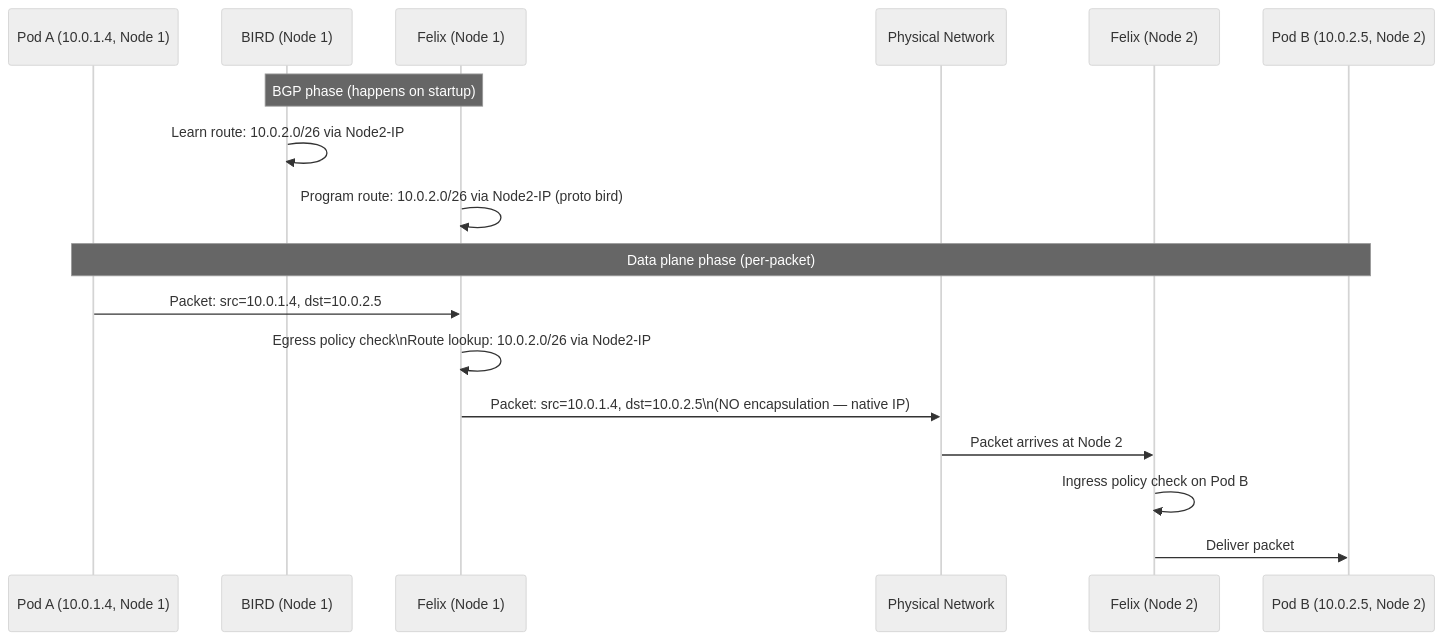
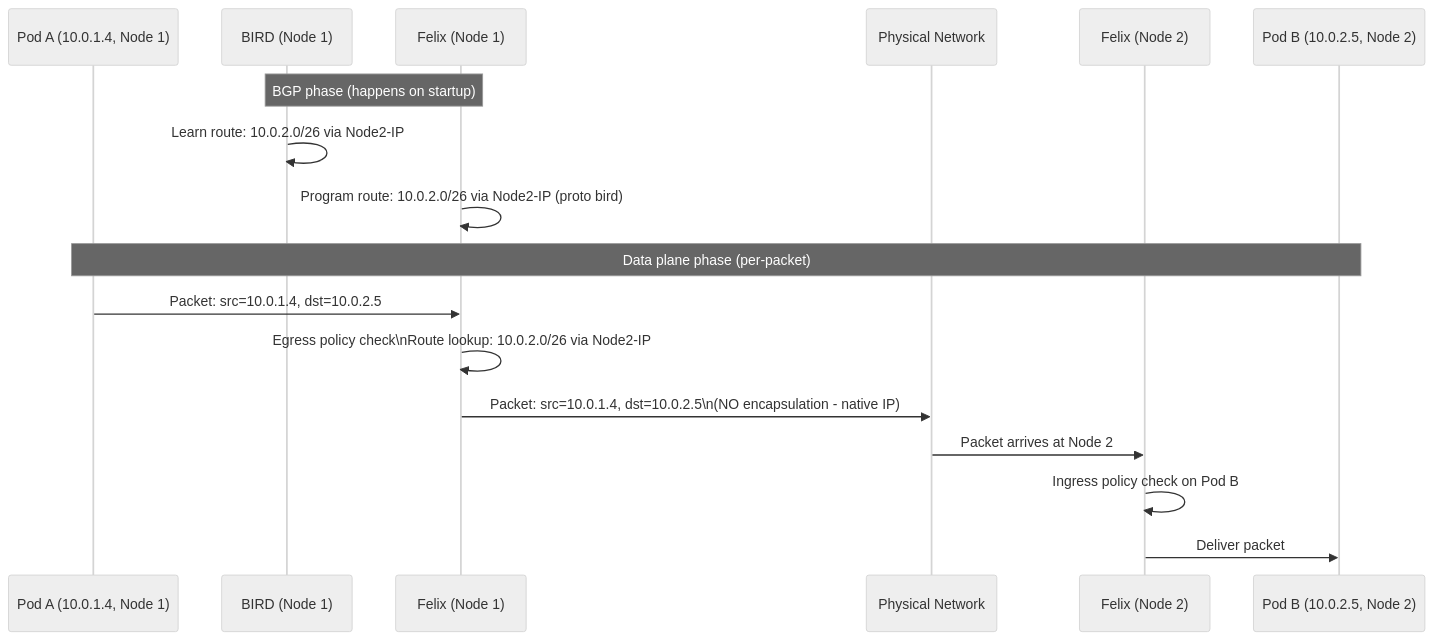
One commit to OneUptime/blog changed the first of 4 diagrams in posts/2026-03-13-calico-l3-fabric-map-traffic/README.md. Above: the diagram before and after it, drawn with Mermaid (neutral theme). The commit also changed other lines of this file and 4409 other files, not shown here.

````diff
--- a/posts/2026-03-13-calico-l3-fabric-map-traffic/README.md
+++ b/posts/2026-03-13-calico-l3-fabric-map-traffic/README.md
@@ -25,21 +25,21 @@
 ```mermaid
 sequenceDiagram
     participant PodA as Pod A (10.0.1.4, Node 1)
     participant BIRD1 as BIRD (Node 1)
     participant Felix1 as Felix (Node 1)
     participant Network as Physical Network
     participant Felix2 as Felix (Node 2)
     participant PodB as Pod B (10.0.2.5, Node 2)
 
     Note over BIRD1,Felix1: BGP phase (happens on startup)
     BIRD1->>BIRD1: Learn route: 10.0.2.0/26 via Node2-IP
     Felix1->>Felix1: Program route: 10.0.2.0/26 via Node2-IP (proto bird)
 
     Note over PodA,PodB: Data plane phase (per-packet)
     PodA->>Felix1: Packet: src=10.0.1.4, dst=10.0.2.5
     Felix1->>Felix1: Egress policy check\nRoute lookup: 10.0.2.0/26 via Node2-IP
-    Felix1->>Network: Packet: src=10.0.1.4, dst=10.0.2.5\n(NO encapsulation — native IP)
+    Felix1->>Network: Packet: src=10.0.1.4, dst=10.0.2.5\n(NO encapsulation - native IP)
     Network->>Felix2: Packet arrives at Node 2
     Felix2->>Felix2: Ingress policy check on Pod B
     Felix2->>PodB: Deliver packet
 ```
````
